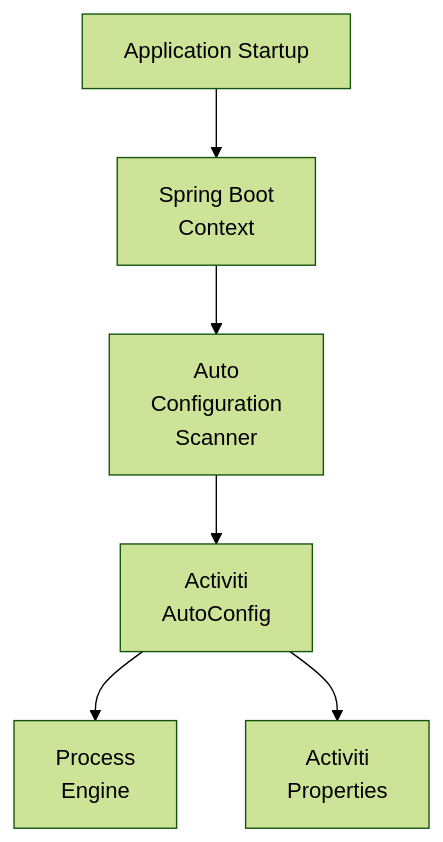
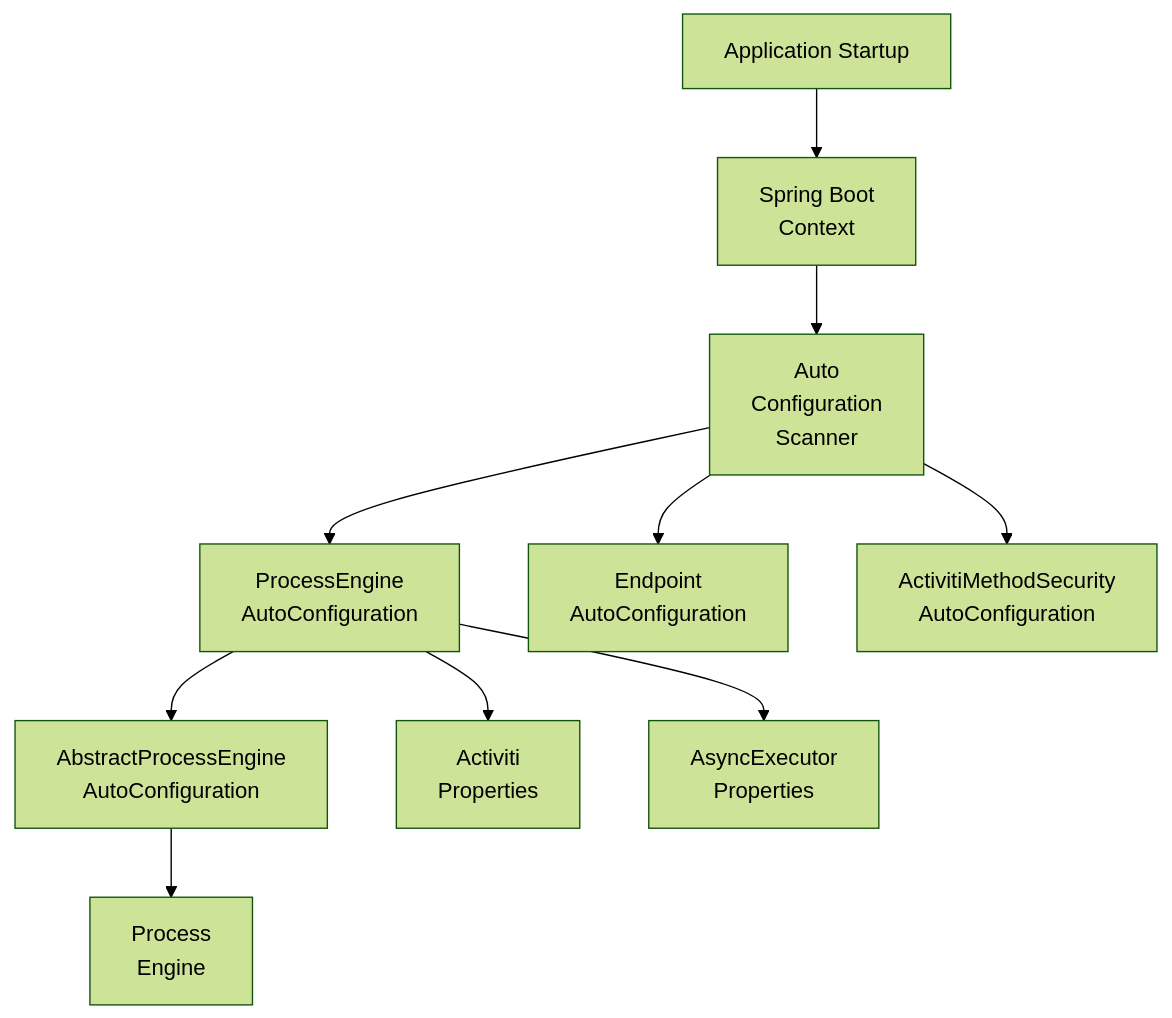
The first of 2 diagrams in docs/api-reference/engine-api/spring-boot-starter.md (CaptainGlac1er/activiti-documentation), drawn with Mermaid (forest theme) before and after one commit. The commit also changed other lines of this file and 53 other files, not shown here.

````diff
--- a/docs/api-reference/engine-api/spring-boot-starter.md
+++ b/docs/api-reference/engine-api/spring-boot-starter.md
@@ -69,15 +85,23 @@
 ```mermaid
 flowchart TD
     Startup["Application Startup"]
     Context["Spring Boot<br>Context"]
     Scanner["Auto<br>Configuration<br>Scanner"]
-    AutoConfig["Activiti<br>AutoConfig"]
+    AutoConfig["ProcessEngine<br>AutoConfiguration"]
+    AbstractConfig["AbstractProcessEngine<br>AutoConfiguration"]
     Engine["Process<br>Engine"]
     Properties["Activiti<br>Properties"]
-    
+    AsyncProperties["AsyncExecutor<br>Properties"]
+    EndpointConfig["Endpoint<br>AutoConfiguration"]
+    MethodSecurity["ActivitiMethodSecurity<br>AutoConfiguration"]
+
     Startup --> Context
     Context --> Scanner
     Scanner --> AutoConfig
-    AutoConfig --> Engine
+    Scanner --> EndpointConfig
+    Scanner --> MethodSecurity
+    AutoConfig --> AbstractConfig
+    AbstractConfig --> Engine
     AutoConfig --> Properties
+    AutoConfig --> AsyncProperties
 ```
````
